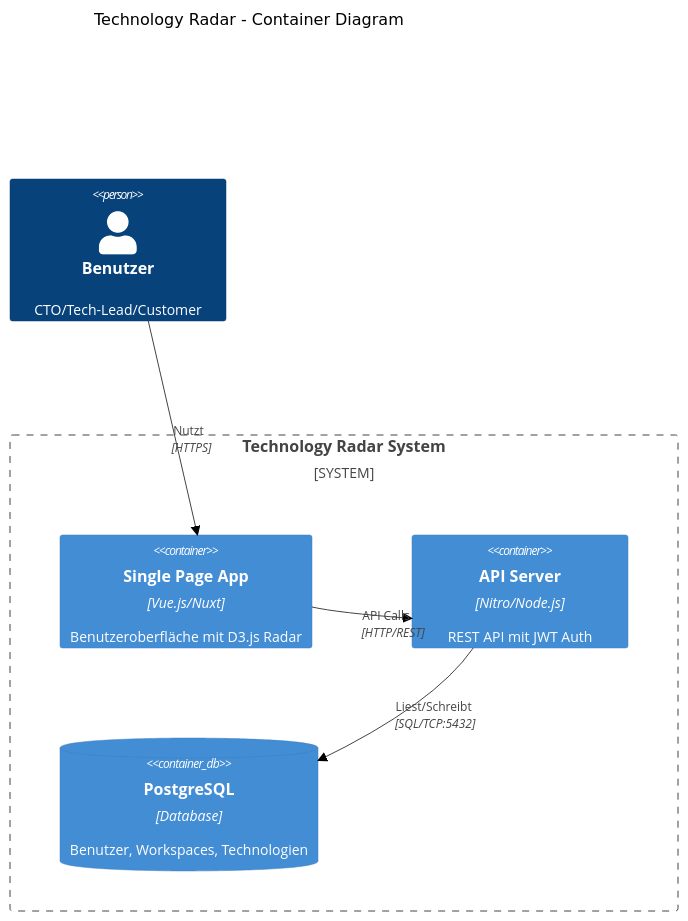
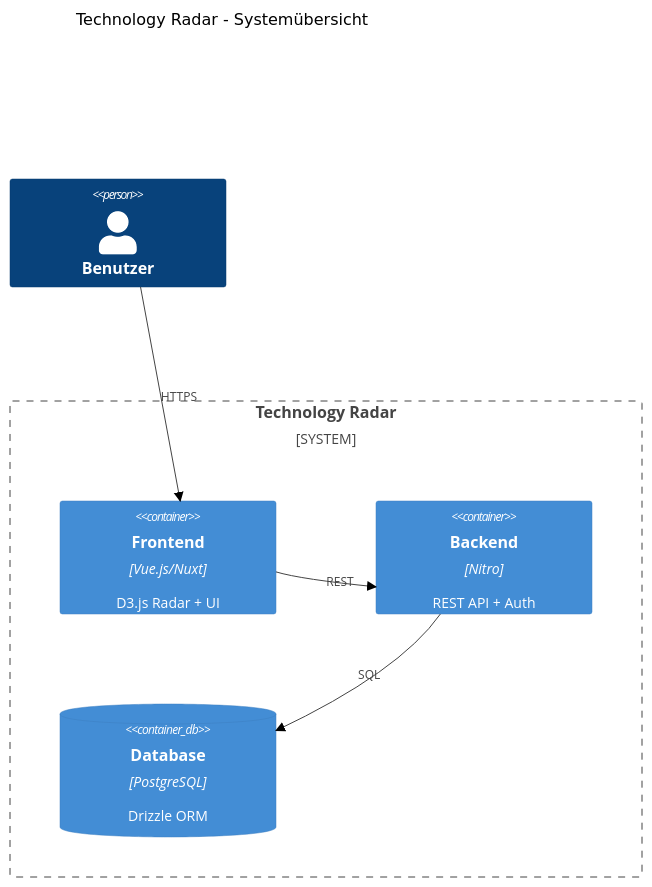
The fourth of 9 diagrams in docs/documentation.md (moli-03/weblab), drawn with Mermaid (forest theme) before and after one commit. The commit also changed other lines of this file and 1 other file, not shown here.

````diff
--- a/docs/documentation.md
+++ b/docs/documentation.md
@@ -156,16 +149,16 @@
 ```mermaid
 C4Container
-  title Technology Radar - Container Diagram
+  title Technology Radar - Systemübersicht
 
-  Person(user, "Benutzer", "CTO/Tech-Lead/Customer")
-
-  System_Boundary(radar, "Technology Radar System") {
-    Container(spa, "Single Page App", "Vue.js/Nuxt", "Benutzeroberfläche mit D3.js Radar")
-    Container(api, "API Server", "Nitro/Node.js", "REST API mit JWT Auth")
-    ContainerDb(db, "PostgreSQL", "Database", "Benutzer, Workspaces, Technologien")
+  Person(user, "Benutzer")
+  
+  System_Boundary(radar, "Technology Radar") {
+    Container(spa, "Frontend", "Vue.js/Nuxt", "D3.js Radar + UI")
+    Container(api, "Backend", "Nitro", "REST API + Auth")
+    ContainerDb(db, "Database", "PostgreSQL", "Drizzle ORM")
   }
 
-  Rel(user, spa, "Nutzt", "HTTPS")
-  Rel(spa, api, "API Calls", "HTTP/REST")
-  Rel(api, db, "Liest/Schreibt", "SQL/TCP:5432")
+  Rel(user, spa, "HTTPS")
+  Rel(spa, api, "REST")
+  Rel(api, db, "SQL")
 ```
````
